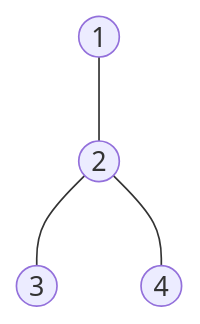
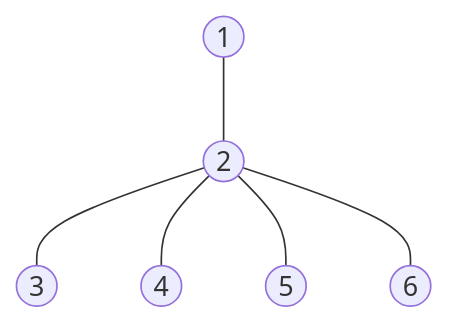
One commit to Daniel-Wei/Algo_DS_Notes changed the diagram in Graph/Star_Graph/Readme.md. Above: the diagram before and after it, drawn with Mermaid. The commit also changed other lines of this file, not shown here.

````diff
--- a/Graph/Star_Graph/Readme.md
+++ b/Graph/Star_Graph/Readme.md
@@ -4,13 +4,17 @@
 ```mermaid 
 graph TB;
 
 1((1))
 2((2))
 3((3))
 4((4))
+5((5))
+6((6))
 
 1---2
 2---3
 2---4
+2---5
+2---6
 
 ```
````
